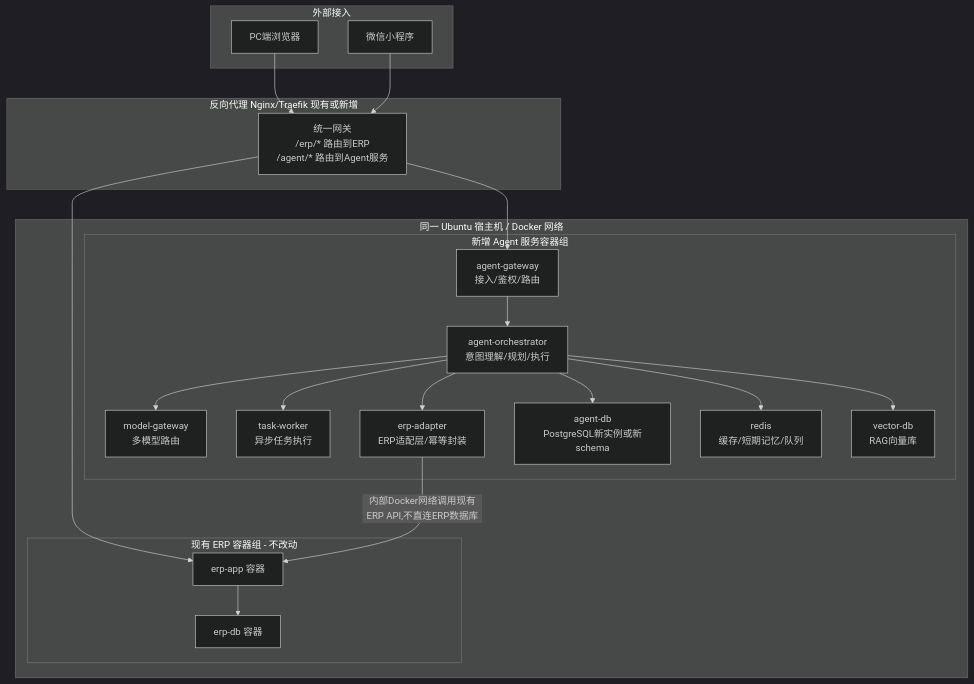
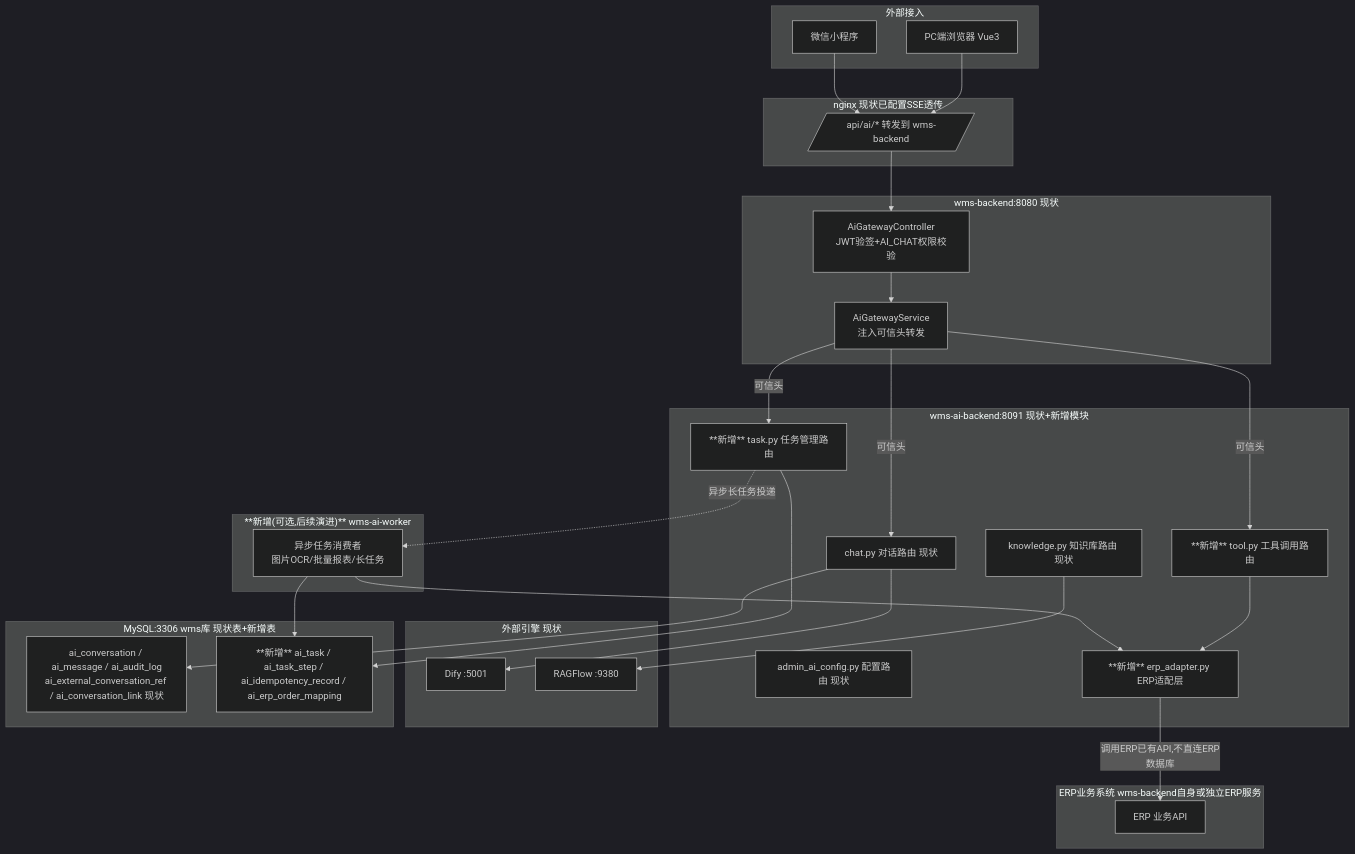
One commit to Caleb-Mitchell-hub/agent-zs changed the diagram in docs/企业级Agent系统设计方案from claude code.md. Above: the diagram before and after it, drawn with Mermaid (dark theme). The commit also changed other lines of this file and 6 other files, not shown here.

````diff
--- a/docs/企业级Agent系统设计方案from claude code.md
+++ b/docs/企业级Agent系统设计方案from claude code.md
@@ -137,42 +181,58 @@
 ```mermaid
 flowchart TB
     subgraph Ext[外部接入]
-        PC[PC端浏览器]
+        PC[PC端浏览器 Vue3]
         MP[微信小程序]
     end
 
-    subgraph Proxy[反向代理 Nginx/Traefik 现有或新增]
-        NG[统一网关<br/>/erp/* 路由到ERP<br/>/agent/* 路由到Agent服务]
+    subgraph Proxy[nginx 现状已配置SSE透传]
+        NG[/api/ai/* 转发到 wms-backend/]
     end
 
-    subgraph DockerHost[同一 Ubuntu 宿主机 / Docker 网络]
-        subgraph ERPNet[现有 ERP 容器组 - 不改动]
-            E1[erp-app 容器]
-            E2[erp-db 容器]
-        end
-        subgraph AgentNet[新增 Agent 服务容器组]
-            A1[agent-gateway<br/>接入/鉴权/路由]
-            A2[agent-orchestrator<br/>意图理解/规划/执行]
-            A3[model-gateway<br/>多模型路由]
-            A4[task-worker<br/>异步任务执行]
-            A5[erp-adapter<br/>ERP适配层/幂等封装]
-            A6[agent-db<br/>PostgreSQL新实例或新schema]
-            A7[redis<br/>缓存/短期记忆/队列]
-            A8[vector-db<br/>RAG向量库]
-        end
+    subgraph JavaGW[wms-backend:8080 现状]
+        J1[AiGatewayController<br/>JWT验签+AI_CHAT权限校验]
+        J2[AiGatewayService<br/>注入可信头转发]
     end
 
-    PC --> NG
+    subgraph PyBackend[wms-ai-backend:8091 现状+新增模块]
+        P1[chat.py 对话路由 现状]
+        P2[knowledge.py 知识库路由 现状]
+        P3[admin_ai_config.py 配置路由 现状]
+        P4["**新增** tool.py 工具调用路由"]
+        P5["**新增** task.py 任务管理路由"]
+        P6["**新增** erp_adapter.py ERP适配层"]
+    end
+
+    subgraph Async["**新增(可选,后续演进)** wms-ai-worker"]
+        W1[异步任务消费者<br/>图片OCR/批量报表/长任务]
+    end
+
+    subgraph External[外部引擎 现状]
+        Dify[Dify :5001]
+        RAGFlow[RAGFlow :9380]
+    end
+
+    subgraph DB[MySQL:3306 wms库 现状表+新增表]
+        M1[ai_conversation / ai_message / ai_audit_log<br/>ai_external_conversation_ref / ai_conversation_link 现状]
+        M2["**新增** ai_task / ai_task_step / ai_idempotency_record / ai_erp_order_mapping"]
+    end
+
+    subgraph ERPSys[ERP业务系统 wms-backend自身或独立ERP服务]
+        E1[ERP 业务API]
+    end
+
+    PC --> NG --> J1 --> J2
     MP --> NG
-    NG --> E1
-    NG --> A1
-    A1 --> A2
-    A2 --> A3
-    A2 --> A4
-    A2 --> A5
-    A5 -->|内部Docker网络调用现有ERP API,不直连ERP数据库| E1
-    A2 --> A6
-    A2 --> A7
-    A2 --> A8
-    E1 --> E2
+    J2 -->|可信头| P1
+    J2 -->|可信头| P4
+    J2 -->|可信头| P5
+    P1 --> Dify
+    P2 --> RAGFlow
+    P1 --> M1
+    P4 --> P6
+    P5 --> M2
+    P6 -->|调用ERP已有API,不直连ERP数据库| E1
+    P5 -.异步长任务投递.-> W1
+    W1 --> M2
+    W1 --> P6
 ```
````
